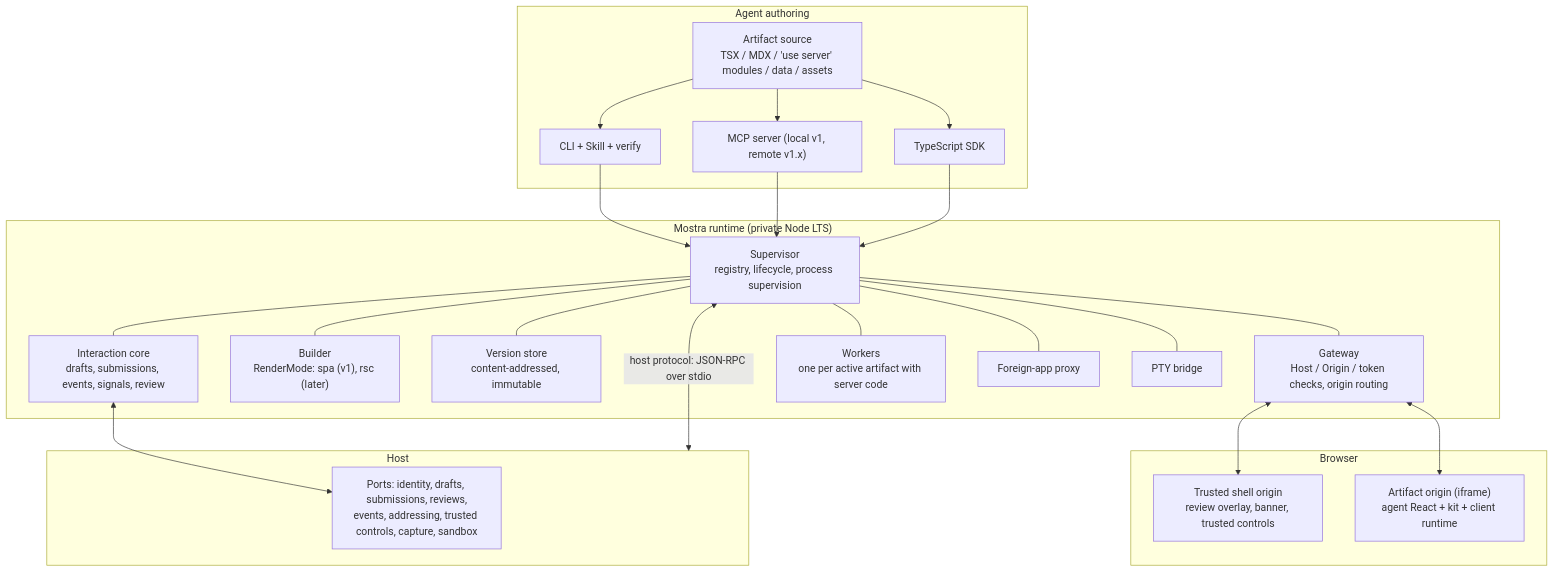
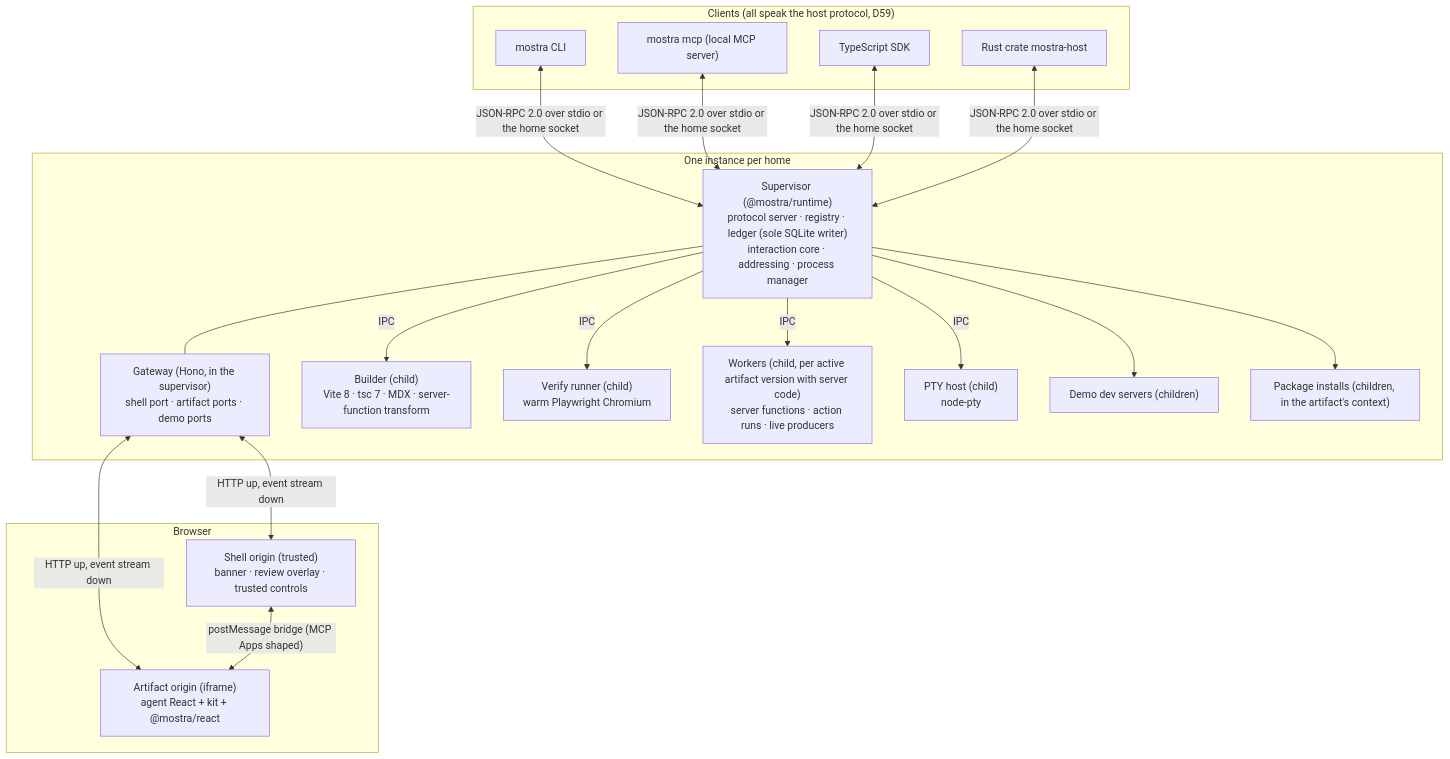
One commit to mostra-dev/mostra changed the diagram in docs/design/ARCHITECTURE.md. Above: the diagram before and after it, drawn with Mermaid. The commit also changed other lines of this file, not shown here.

First line of the commit message:
Rewrite ARCHITECTURE.md as the settled v1 architecture

````diff
--- a/docs/design/ARCHITECTURE.md
+++ b/docs/design/ARCHITECTURE.md
@@ -9,31 +15,29 @@
 ```mermaid
 flowchart TB
-  subgraph Authoring["Agent authoring"]
-    SRC["Artifact source<br/>TSX / MDX / 'use server' modules / data / assets"]
-    CLI["CLI + Skill + verify"]
-    MCP["MCP server (local v1, remote v1.x)"]
+  subgraph Clients["Clients (all speak the host protocol, D59)"]
+    CLI["mostra CLI"]
+    MCP["mostra mcp (local MCP server)"]
     SDK["TypeScript SDK"]
+    RUST["Rust crate mostra-host"]
   end
-  subgraph Runtime["Mostra runtime (private Node LTS)"]
-    SUP["Supervisor<br/>registry, lifecycle, process supervision"]
-    GW["Gateway<br/>Host / Origin / token checks, origin routing"]
-    BLD["Builder<br/>RenderMode: spa (v1), rsc (later)"]
-    STO["Version store<br/>content-addressed, immutable"]
-    INT["Interaction core<br/>drafts, submissions, events, signals, review"]
-    WRK["Workers<br/>one per active artifact with server code"]
-    PXY["Foreign-app proxy"]
-    PTY["PTY bridge"]
+  subgraph Instance["One instance per home"]
+    SUP["Supervisor (@mostra/runtime)<br/>protocol server · registry · ledger (sole SQLite writer)<br/>interaction core · addressing · process manager"]
+    GW["Gateway (Hono, in the supervisor)<br/>shell port · artifact ports · demo ports"]
+    BLD["Builder (child)<br/>Vite 8 · tsc 7 · MDX · server-function transform"]
+    VER["Verify runner (child)<br/>warm Playwright Chromium"]
+    WRK["Workers (child, per active artifact version with server code)<br/>server functions · action runs · live producers"]
+    PTY["PTY host (child)<br/>node-pty"]
+    DEMO["Demo dev servers (children)"]
+    DEPS["Package installs (children, in the artifact's context)"]
   end
-  subgraph Browser["Browser"]
-    SHELL["Trusted shell origin<br/>review overlay, banner, trusted controls"]
-    ART["Artifact origin (iframe)<br/>agent React + kit + client runtime"]
+  subgraph Browser
+    SHELL["Shell origin (trusted)<br/>banner · review overlay · trusted controls"]
+    ART["Artifact origin (iframe)<br/>agent React + kit + @mostra/react"]
   end
-  subgraph Host["Host"]
-    PORTS["Ports: identity, drafts, submissions, reviews,<br/>events, addressing, trusted controls, capture, sandbox"]
-  end
-  SRC --> CLI & MCP & SDK --> SUP
-  SUP --- GW & BLD & STO & INT & WRK & PXY & PTY
-  GW <--> SHELL & ART
-  INT <--> PORTS
-  Host <-->|"host protocol: JSON-RPC over stdio"| SUP
+  CLI & MCP & SDK & RUST <-->|"JSON-RPC 2.0 over stdio or the home socket"| SUP
+  SUP --- GW
+  SUP -->|IPC| BLD & VER & WRK & PTY
+  SUP --> DEMO & DEPS
+  GW <-->|"HTTP up, event stream down"| SHELL & ART
+  SHELL <-->|"postMessage bridge (MCP Apps shaped)"| ART
 ```
````
